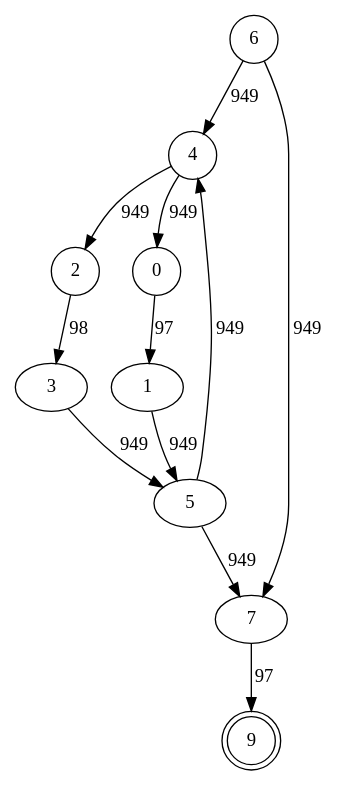
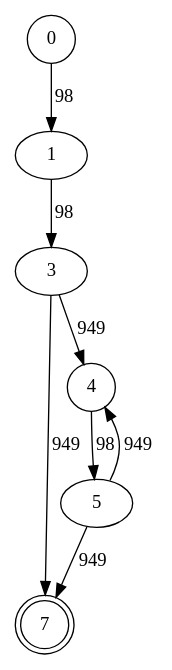
One commit to bryannalfaro/Dise-odeLenguajes changed the diagram in test-output/automata1.gv. Above: the diagram before and after it, drawn with Graphviz. The commit also changed 5 other files, not shown here.

```diff
--- a/test-output/automata1.gv
+++ b/test-output/automata1.gv
@@ -1,18 +1,12 @@
 digraph automata1 {
-	6 [label=6 shape=circle]
-	9 [label=9 shape=doublecircle]
+	0 [label=0 shape=circle]
+	7 [label=7 shape=doublecircle]
 	4 [label=4 shape=circle]
-	2 [label=2 shape=circle]
-	0 [label=0 shape=circle]
-	6 -> 4 [label=949]
-	6 -> 7 [label=949]
-	4 -> 2 [label=949]
-	4 -> 0 [label=949]
-	2 -> 3 [label=98]
-	3 -> 5 [label=949]
-	0 -> 1 [label=97]
-	1 -> 5 [label=949]
+	0 -> 1 [label=98]
+	1 -> 3 [label=98]
+	3 -> 4 [label=949]
+	3 -> 7 [label=949]
+	4 -> 5 [label=98]
 	5 -> 7 [label=949]
 	5 -> 4 [label=949]
-	7 -> 9 [label=97]
 }
```
